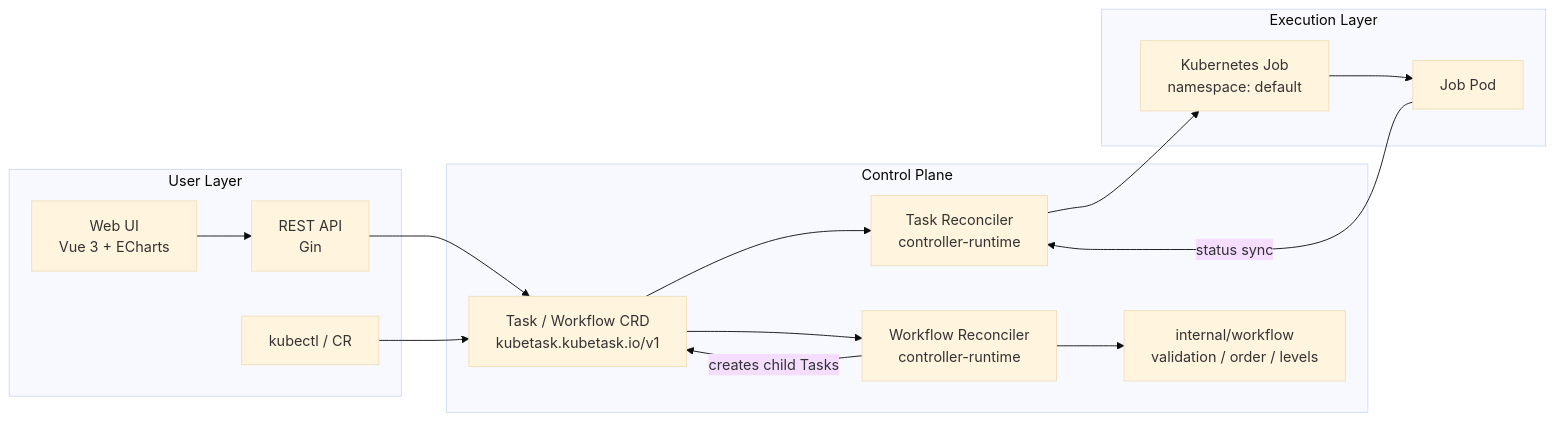
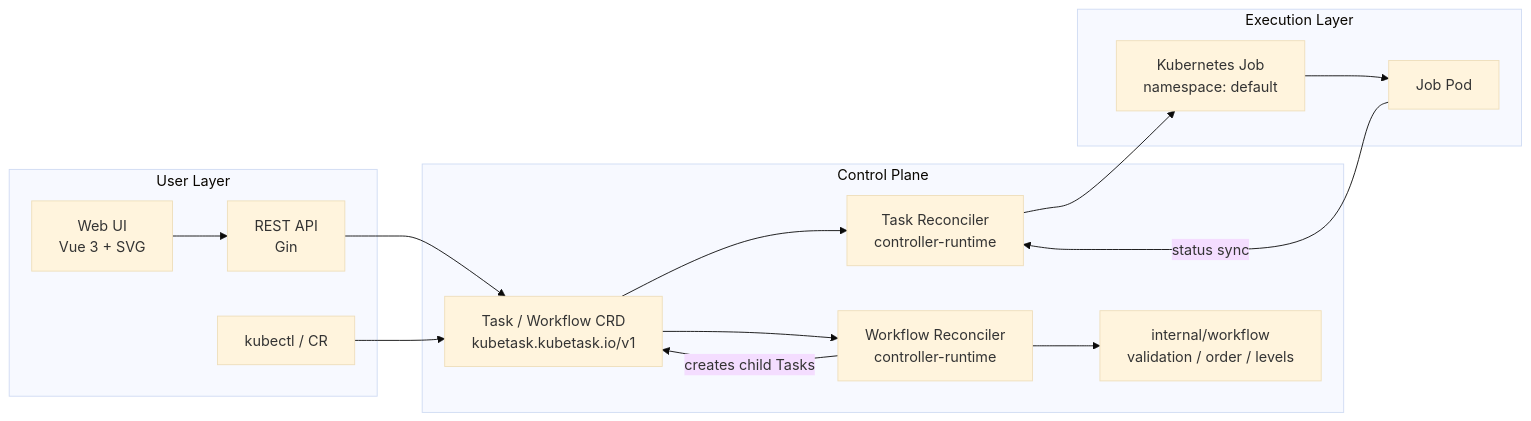
Before and after one commit to CHYUQI/KubeTask: the diagram in README_EN.md, drawn with Mermaid (base theme). The commit also changed other lines of this file and 65 other files, not shown here.

````diff
--- a/README_EN.md
+++ b/README_EN.md
@@ -49,31 +49,31 @@
 ```mermaid
 flowchart LR
     subgraph User Layer
-        UI[Web UI<br/>Vue 3 + ECharts]
+        UI[Web UI<br/>Vue 3 + SVG]
         API[REST API<br/>Gin]
         CLI[kubectl / CR]
     end
 
     subgraph Control Plane
         CRD[Task / Workflow CRD<br/>kubetask.kubetask.io/v1]
         CTRL[Task Reconciler<br/>controller-runtime]
         WCTRL[Workflow Reconciler<br/>controller-runtime]
         DAGPKG[internal/workflow<br/>validation / order / levels]
     end
 
     subgraph Execution Layer
         JOB[Kubernetes Job<br/>namespace: default]
         POD[Job Pod]
     end
 
     UI --> API
     API --> CRD
     CLI --> CRD
     CRD --> CTRL
     CTRL --> JOB
     JOB --> POD
     POD -- status sync --> CTRL
     CRD --> WCTRL
     WCTRL --> DAGPKG
     WCTRL -- creates child Tasks --> CRD
 ```
````
